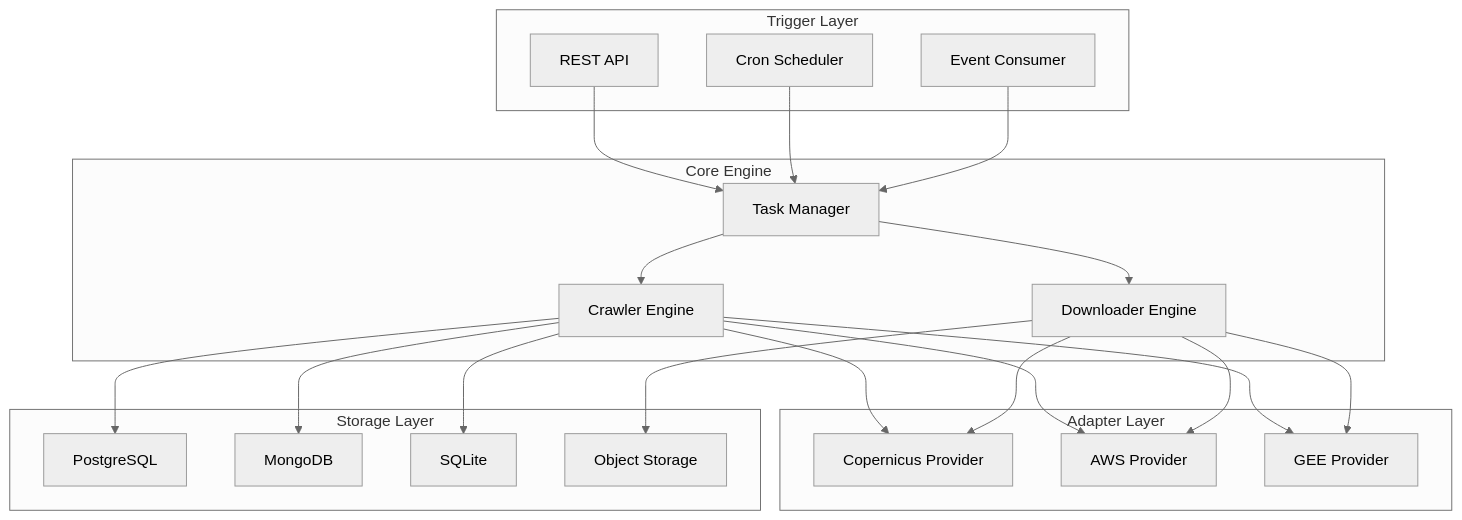
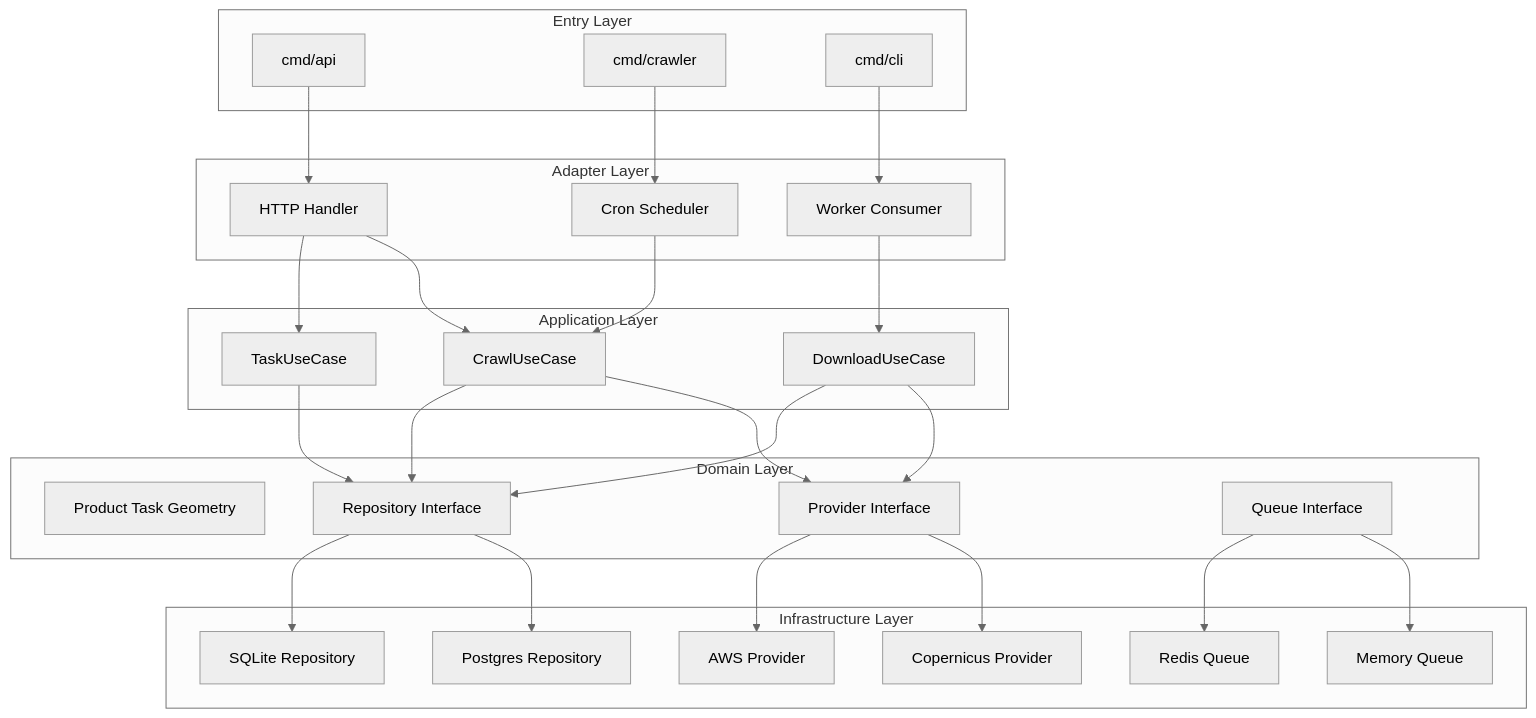
One commit to xjock/sentinel-crawler changed the first of 3 diagrams in docs/architecture.md. Above: the diagram before and after it, drawn with Mermaid (neutral theme). The commit also changed other lines of this file and 1 other file, not shown here.

````diff
--- a/docs/architecture.md
+++ b/docs/architecture.md
@@ -24,43 +25,55 @@
 ```mermaid
 graph TB
-    subgraph 触发层 [Trigger Layer]
-        A1[REST API]
-        A2[Cron Scheduler]
-        A3[Event Consumer]
+    subgraph 入口层 [Entry Layer]
+        A1[cmd/api]
+        A2[cmd/crawler]
+        A3[cmd/cli]
     end
 
-    subgraph 核心引擎 [Core Engine]
-        B1[Task Manager]
-        B2[Crawler Engine]
-        B3[Downloader Engine]
+    subgraph 接口适配层 [Adapter Layer]
+        B1[HTTP Handler]
+        B2[Cron Scheduler]
+        B3[Worker Consumer]
     end
 
-    subgraph 适配层 [Adapter Layer]
-        C1[Copernicus Provider]
-        C2[AWS Provider]
-        C3[GEE Provider]
+    subgraph 应用服务层 [Application Layer]
+        C1[CrawlUseCase]
+        C2[DownloadUseCase]
+        C3[TaskUseCase]
     end
 
-    subgraph 存储层 [Storage Layer]
-        D1[PostgreSQL]
-        D2[MongoDB]
-        D3[SQLite]
-        D4[Object Storage]
+    subgraph 领域层 [Domain Layer]
+        D1[Product Task Geometry]
+        D2[Provider Interface]
+        D3[Repository Interface]
+        D4[Queue Interface]
+    end
+
+    subgraph 基础设施层 [Infrastructure Layer]
+        E1[Copernicus Provider]
+        E2[AWS Provider]
+        E3[Postgres Repository]
+        E4[SQLite Repository]
+        E5[Memory Queue]
+        E6[Redis Queue]
     end
 
     A1 --> B1
-    A2 --> B1
-    A3 --> B1
-    B1 --> B2
-    B1 --> B3
+    A2 --> B2
+    A3 --> B3
+    B1 --> C1
+    B1 --> C3
     B2 --> C1
-    B2 --> C2
-    B2 --> C3
-    B3 --> C1
     B3 --> C2
-    B3 --> C3
-    B2 --> D1
-    B2 --> D2
-    B2 --> D3
-    B3 --> D4
+    C1 --> D2
+    C1 --> D3
+    C2 --> D2
+    C2 --> D3
+    C3 --> D3
+    D2 --> E1
+    D2 --> E2
+    D3 --> E3
+    D3 --> E4
+    D4 --> E5
+    D4 --> E6
 ```
````
